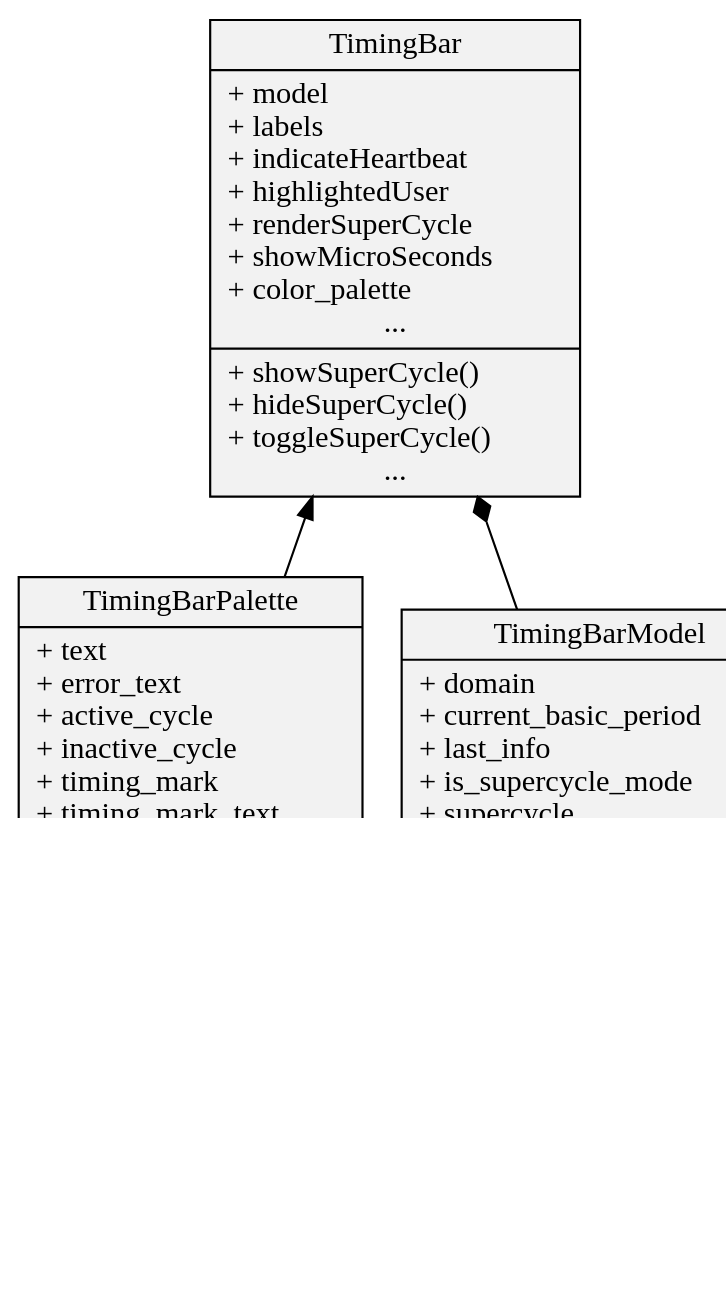
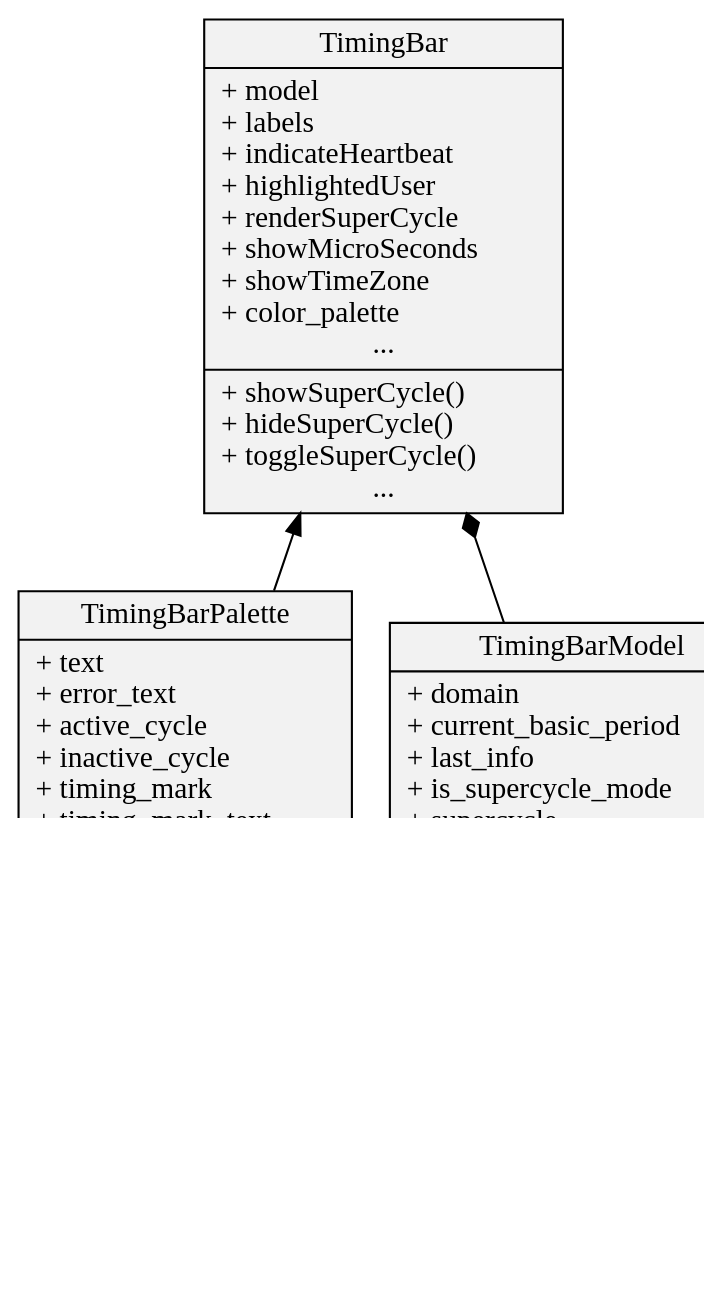
Before and after one commit to jfpatrick/accsoft-gui-pyqt-widgets: the diagram in docs/widgets/timing_bar/api/modules.rst, drawn with Graphviz. The commit also changed 5 other files, not shown here.

Commit message:
Use UTC timezone for TimingBarModel by default and provide ability to override it

```diff
--- a/docs/widgets/timing_bar/api/modules.rst
+++ b/docs/widgets/timing_bar/api/modules.rst
@@ -7,20 +7,20 @@
 .. graphviz::
    :align: center
    :caption: TimingBar widget architecture
    :alt: TimingBar widget architecture
 
    digraph hierarchy {
      graph[resolution=120];
      size="5,5"
      node[shape=record,style=filled,fillcolor=gray95];
      edge[dir=back, arrowtail=empty];
 
-     widget [label="{TimingBar|+ model\l+ labels\l+ indicateHeartbeat\l+ highlightedUser\l+ renderSuperCycle\l+ showMicroSeconds\l+ color_palette\l...|+ showSuperCycle()\l+ hideSuperCycle()\l+ toggleSuperCycle()\l...}"]
+     widget [label="{TimingBar|+ model\l+ labels\l+ indicateHeartbeat\l+ highlightedUser\l+ renderSuperCycle\l+ showMicroSeconds\l+ showTimeZone\l+ color_palette\l...|+ showSuperCycle()\l+ hideSuperCycle()\l+ toggleSuperCycle()\l...}"]
      palette [label="{TimingBarPalette|+ text\l+ error_text\l+ active_cycle\l+ inactive_cycle\l+ timing_mark\l+ timing_mark_text\l+ frame\l+ bg_top\l+ bg_bottom\l+ bg_pattern\l+ bg_top_alt\l+ bg_bottom_alt\l+ bg_pattern_alt\l|}"]
      model [label="{TimingBarModel|+ domain\l+ current_basic_period\l+ last_info\l+ is_supercycle_mode\l+ supercycle\l+ cycle_count\l+ supercycle_duration\l+ current_cycle_index\l+ has_error\l+ activate\l|+ activate()\l...}"]
      domain [label="{TimingBarDomain|...|}"]
 
      widget -> model [arrowtail=diamond];
      widget -> palette [arrowtail=normal];
      model -> domain [arrowtail=none];
    }
```
